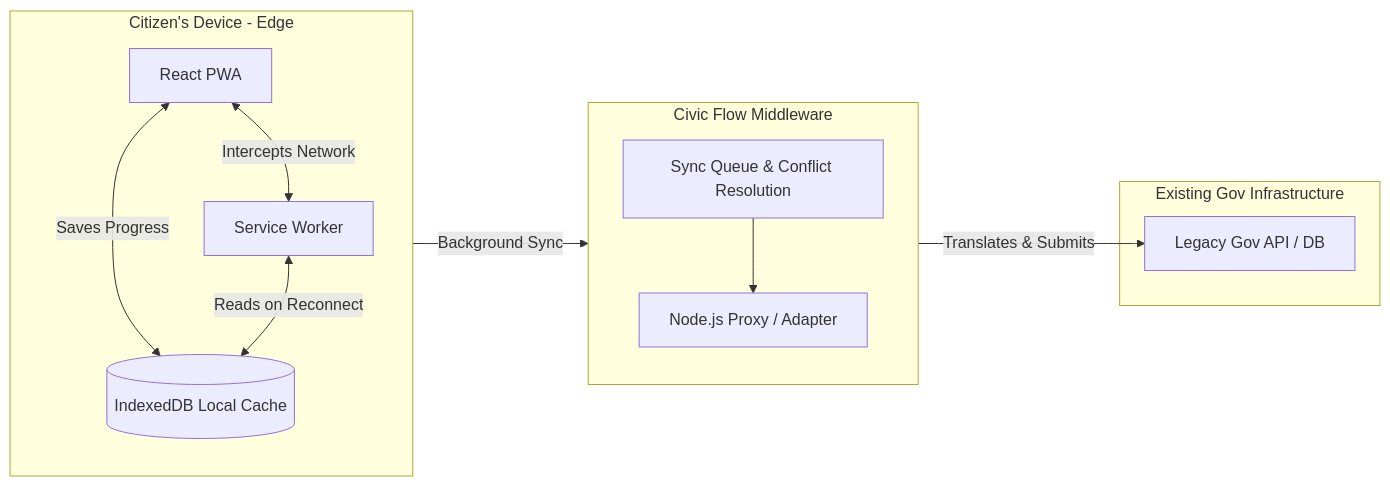
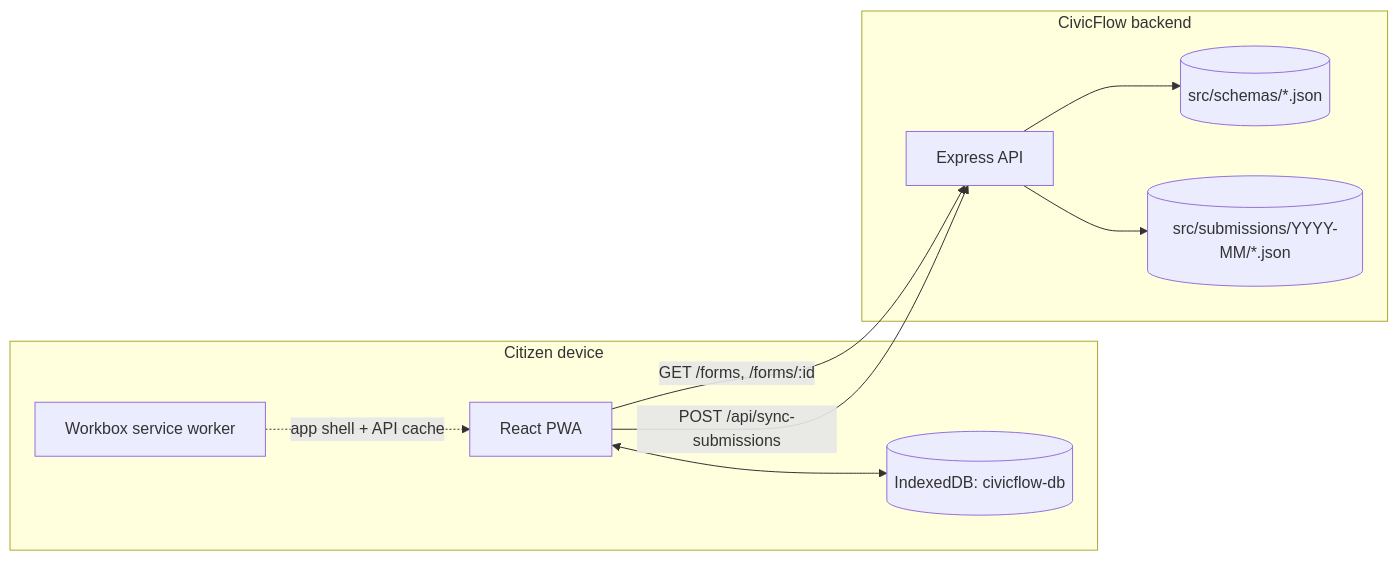
One commit to ateekshsoni/CivicFlow changed the second of 2 diagrams in README.md. Above: the diagram before and after it, drawn with Mermaid. The commit also changed other lines of this file and 5 other files, not shown here.

````diff
--- a/README.md
+++ b/README.md
@@ -61,28 +70,13 @@
 ```mermaid
 flowchart LR
-    subgraph CitizenDevice [Citizen's Device - Edge]
-        direction TB
-        UI[React PWA]
-        Cache[(IndexedDB Local Cache)]
-        SW[Service Worker]
-        
-        UI <-->|Saves Progress| Cache
-        UI <-->|Intercepts Network| SW
-        SW <-->|Reads on Reconnect| Cache
-    end
-
-    subgraph CivicFlow [Civic Flow Middleware]
-        direction TB
-        SyncQ[Sync Queue & Conflict Resolution]
-        Node[Node.js Proxy / Adapter]
-        
-        SW -->|Background Sync| SyncQ
-        SyncQ --> Node
-    end
-
-    subgraph Government [Existing Gov Infrastructure]
-        LegacyAPI[Legacy Gov API / DB]
-        
-        Node -->|Translates & Submits| LegacyAPI
-    end
+  subgraph Device [Citizen device]
+    UI[React PWA] <--> IDB[("IndexedDB: civicflow-db")]
+    SW[Workbox service worker] -.->|app shell + API cache| UI
+  end
+  subgraph Server [CivicFlow backend]
+    API[Express API] --> Schemas[("src/schemas/*.json")]
+    API --> Subs[("src/submissions/YYYY-MM/*.json")]
+  end
+  UI -->|GET /forms, /forms/:id| API
+  UI -->|POST /api/sync-submissions| API
 ```
````
